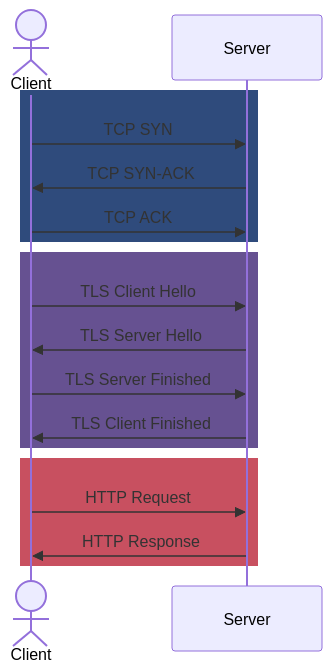
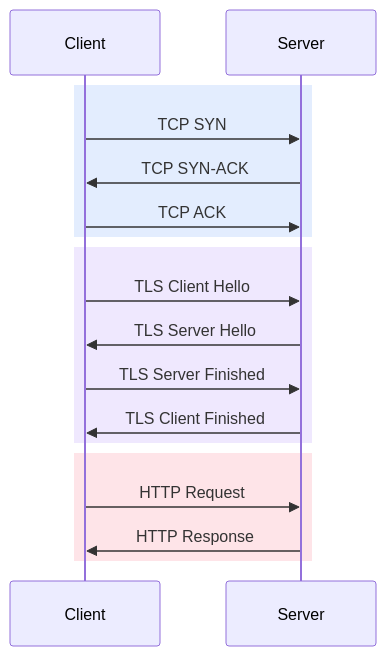
The first of 3 diagrams in content/posts/2024/grpc-over-http3/index.md (sudorandom/kmcd.dev), drawn with Mermaid before and after one commit. The commit also changed other lines of this file and 24 other files, not shown here.

````diff
--- a/content/posts/2024/grpc-over-http3/index.md
+++ b/content/posts/2024/grpc-over-http3/index.md
@@ -42,22 +42,23 @@
 ```mermaid
 sequenceDiagram
-    actor Client
+    participant Client
+    participant Server
 
-    rect rgb(47,75,124)
+    rect rgba(59, 130, 246, 0.14)
         Client ->> Server: TCP SYN
         Server ->> Client: TCP SYN-ACK
         Client ->> Server: TCP ACK
     end
 
-    rect rgb(102,81,145)
+    rect rgba(139, 92, 246, 0.14)
         Client ->> Server: TLS Client Hello
         Server ->> Client: TLS Server Hello
         Client ->> Server: TLS Server Finished
         Server ->> Client: TLS Client Finished
     end
 
-    rect rgb(200,80,96)
+    rect rgba(244, 63, 94, 0.14)
         Client ->> Server: HTTP Request
         Server ->> Client: HTTP Response
     end
 ```
````
